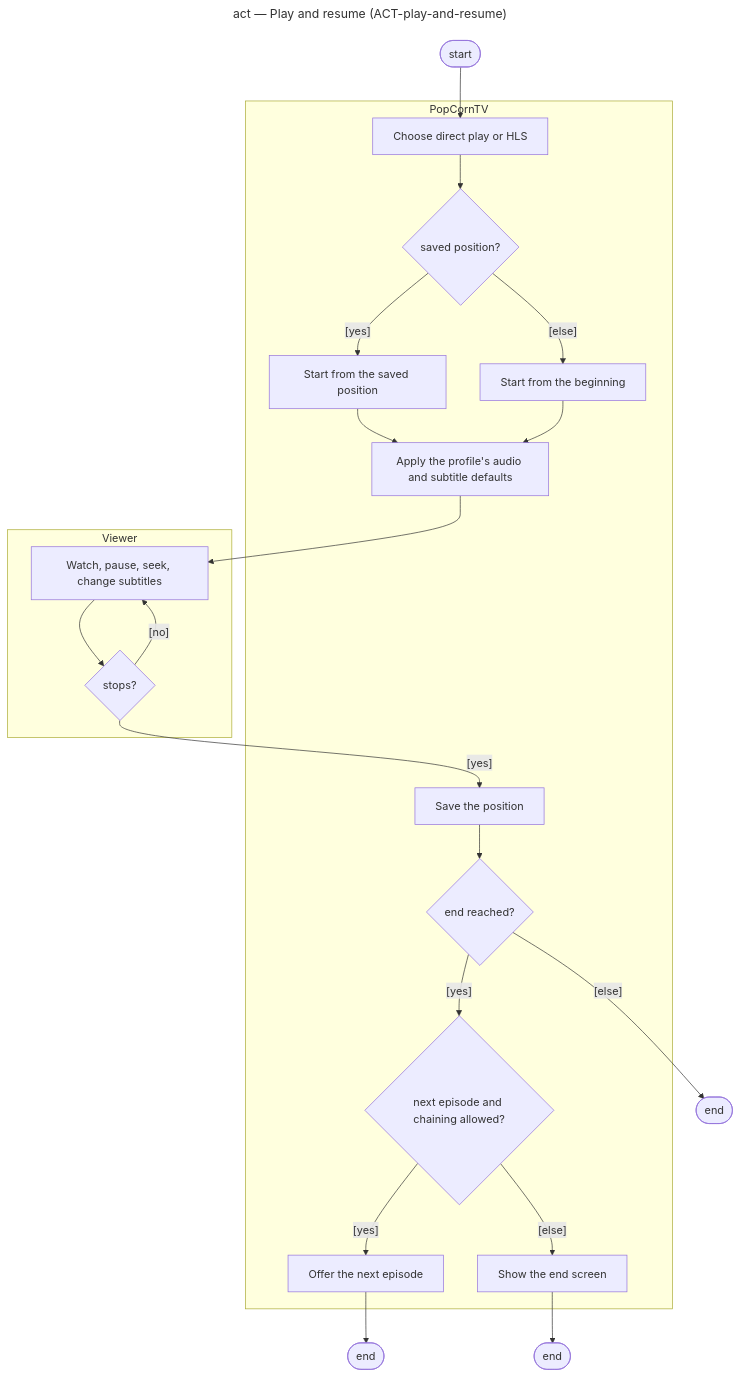
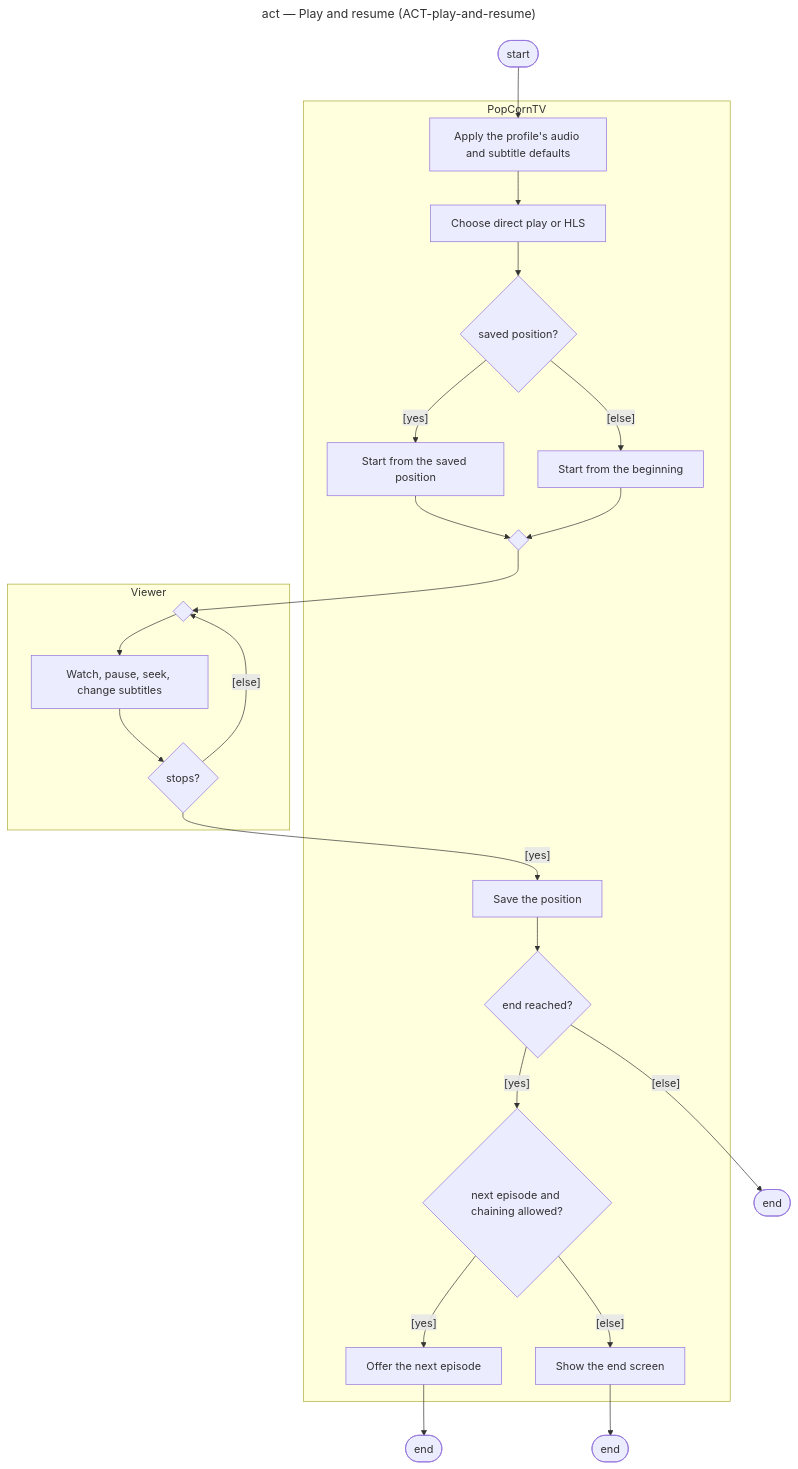
Before and after one commit to benoit-bremaud/popcorntv: the diagram in docs/architecture/diagrams/redesign/07-activity-play-and-resume.md, drawn with Mermaid. The commit also changed other lines of this file and 21 other files, not shown here.

````diff
--- a/docs/architecture/diagrams/redesign/07-activity-play-and-resume.md
+++ b/docs/architecture/diagrams/redesign/07-activity-play-and-resume.md
@@ -8,33 +8,35 @@
 ```mermaid
 ---
 title: act — Play and resume (ACT-play-and-resume)
 ---
 flowchart TD
-  Start(["start"]) --> B1
+  Start(["start"]) --> B4
   subgraph App ["PopCornTV"]
+    B4["Apply the profile's audio and subtitle defaults"]
     B1["Choose direct play or HLS"]
     D1{"saved position?"}
     B2["Start from the saved position"]
     B3["Start from the beginning"]
-    B4["Apply the profile's audio and subtitle defaults"]
+    M1{" "}
     B6["Save the position"]
     D3{"end reached?"}
     D4{"next episode and chaining allowed?"}
     B7["Offer the next episode"]
     B8["Show the end screen"]
   end
   subgraph Viewer ["Viewer"]
+    M2{" "}
     B5["Watch, pause, seek, change subtitles"]
     D2{"stops?"}
   end
-  B1 --> D1
-  D1 -->|"[yes]"| B2 --> B4
-  D1 -->|"[else]"| B3 --> B4
-  B4 --> B5 --> D2
-  D2 -->|"[no]"| B5
+  B4 --> B1 --> D1
+  D1 -->|"[yes]"| B2 --> M1
+  D1 -->|"[else]"| B3 --> M1
+  M1 --> M2 --> B5 --> D2
+  D2 -->|"[else]"| M2
   D2 -->|"[yes]"| B6 --> D3
   D3 -->|"[else]"| End1(["end"])
   D3 -->|"[yes]"| D4
   D4 -->|"[yes]"| B7 --> End2(["end"])
   D4 -->|"[else]"| B8 --> End3(["end"])
 ```
````
